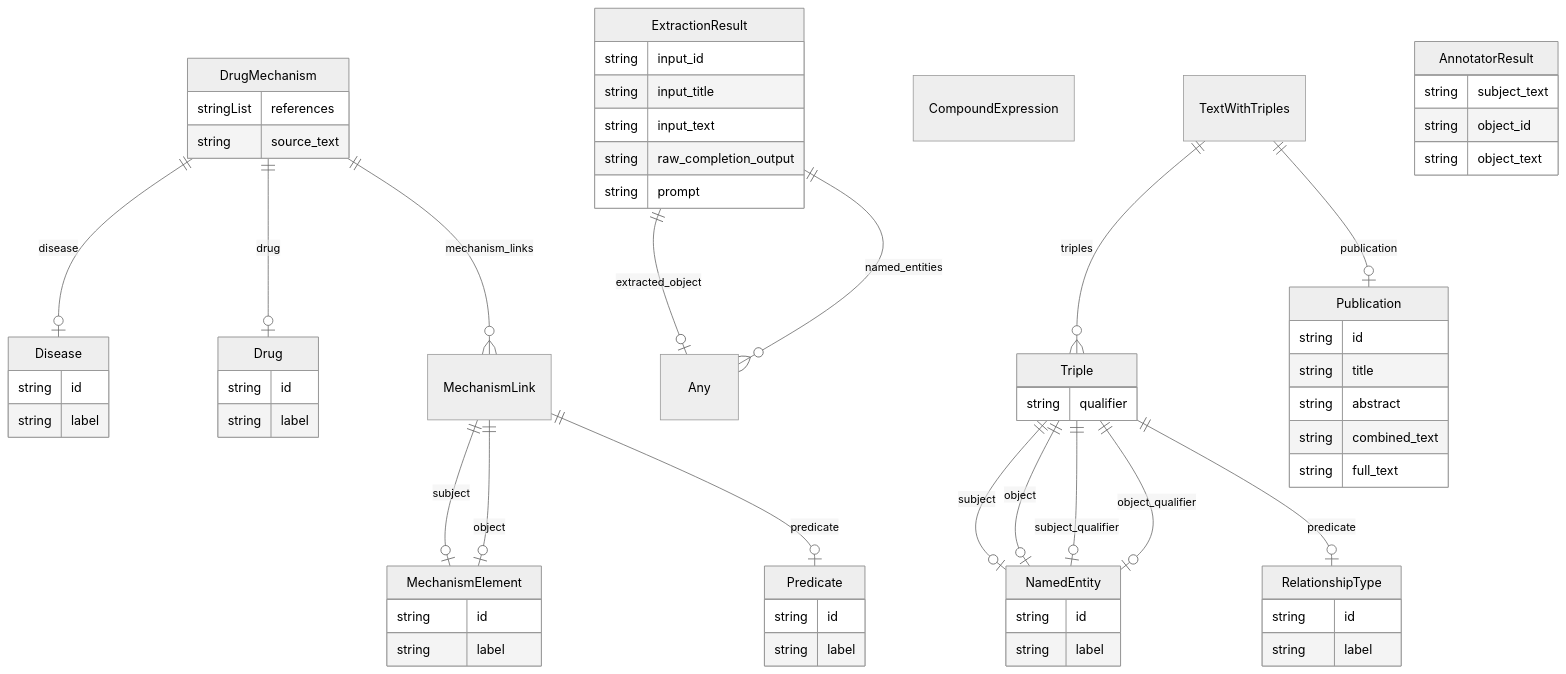
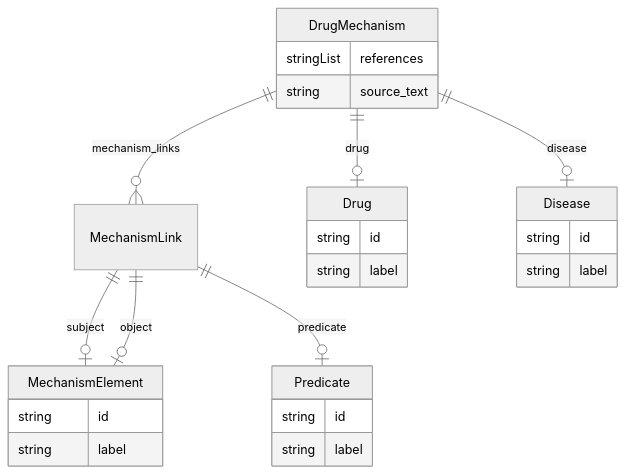
One commit to monarch-initiative/ontogpt changed the diagram in docs/drug/index.md. Above: the diagram before and after it, drawn with Mermaid (neutral theme). The commit also changed other lines of this file and 2560 other files, not shown here.

````diff
--- a/docs/drug/index.md
+++ b/docs/drug/index.md
@@ -12,82 +12,34 @@
 ```mermaid
 erDiagram
 DrugMechanism {
     stringList references  
     string source_text  
 }
+MechanismLink {
+
+}
 MechanismElement {
     string id  
     string label  
 }
-Disease {
+Predicate {
     string id  
     string label  
 }
 Drug {
     string id  
     string label  
 }
-Predicate {
+Disease {
     string id  
     string label  
-}
-MechanismLink {
-
-}
-Any {
-
-}
-ExtractionResult {
-    string input_id  
-    string input_title  
-    string input_text  
-    string raw_completion_output  
-    string prompt  
-}
-NamedEntity {
-    string id  
-    string label  
-}
-CompoundExpression {
-
-}
-Triple {
-    string qualifier  
-}
-TextWithTriples {
-
-}
-RelationshipType {
-    string id  
-    string label  
-}
-Publication {
-    string id  
-    string title  
-    string abstract  
-    string combined_text  
-    string full_text  
-}
-AnnotatorResult {
-    string subject_text  
-    string object_id  
-    string object_text  
 }
 
 DrugMechanism ||--|o Disease : "disease"
 DrugMechanism ||--|o Drug : "drug"
 DrugMechanism ||--}o MechanismLink : "mechanism_links"
 MechanismLink ||--|o MechanismElement : "subject"
 MechanismLink ||--|o Predicate : "predicate"
 MechanismLink ||--|o MechanismElement : "object"
-ExtractionResult ||--|o Any : "extracted_object"
-ExtractionResult ||--}o Any : "named_entities"
-Triple ||--|o NamedEntity : "subject"
-Triple ||--|o RelationshipType : "predicate"
-Triple ||--|o NamedEntity : "object"
-Triple ||--|o NamedEntity : "subject_qualifier"
-Triple ||--|o NamedEntity : "object_qualifier"
-TextWithTriples ||--|o Publication : "publication"
-TextWithTriples ||--}o Triple : "triples"
 
 ```
````
